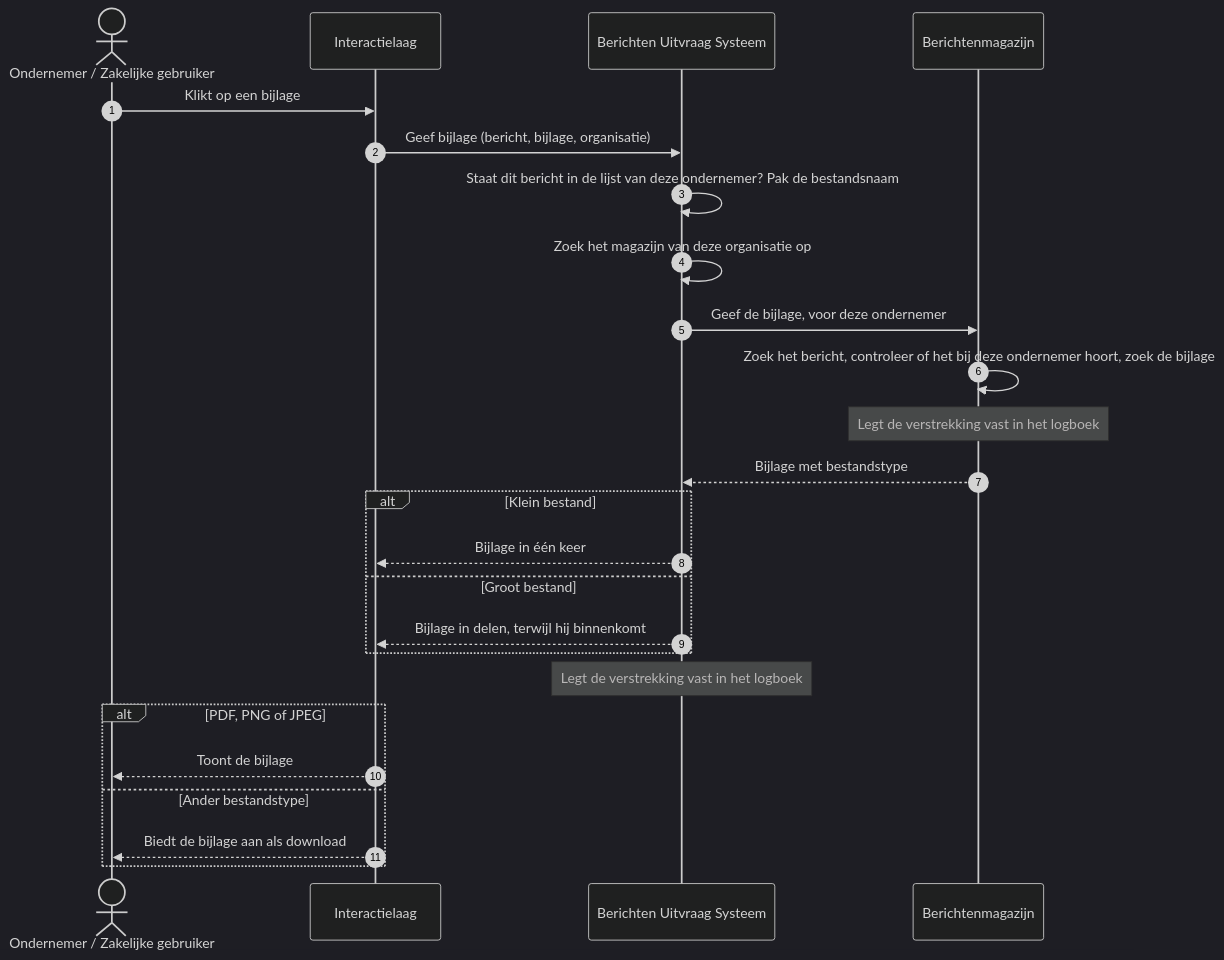
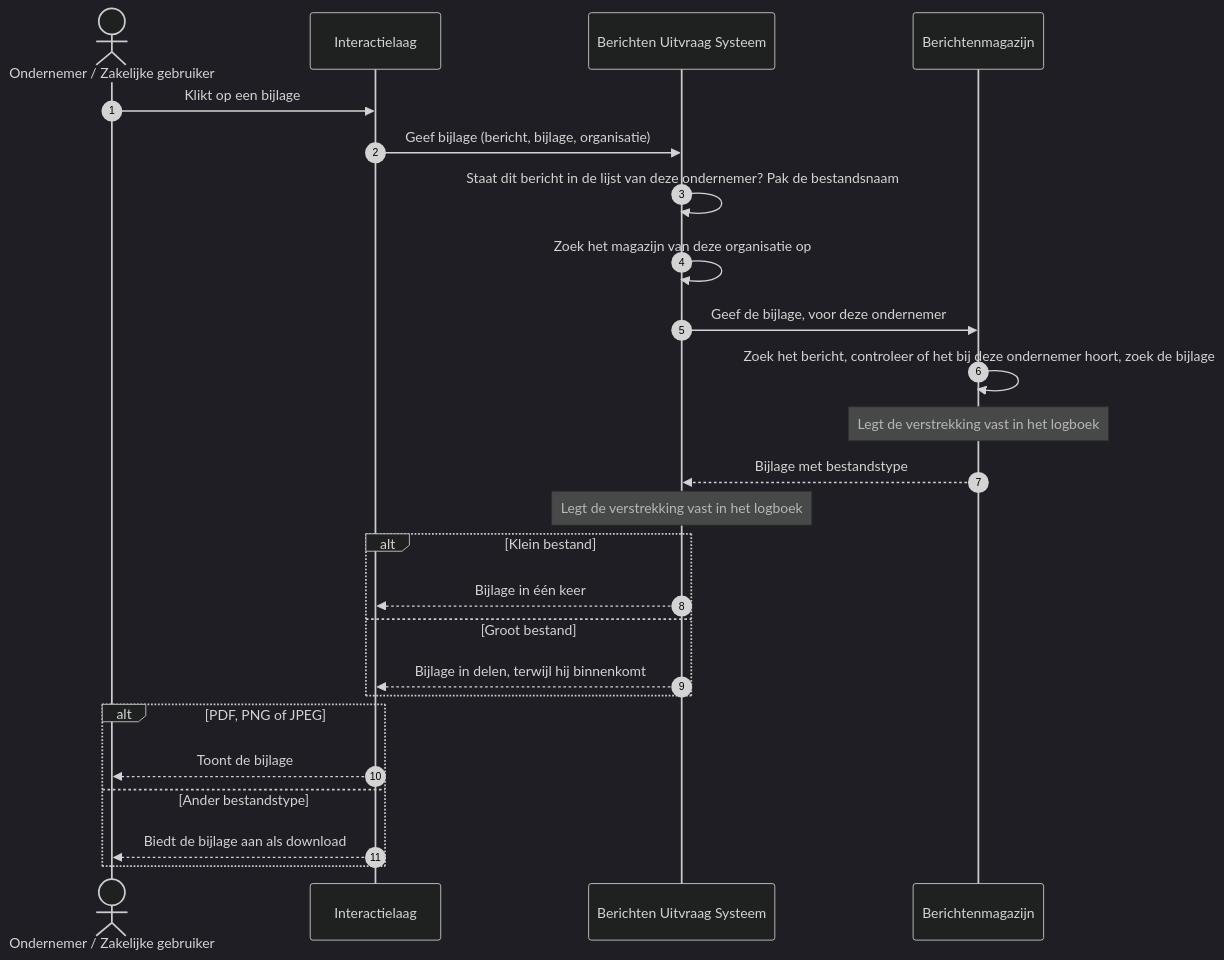
The diagram in docs/architecture/workspace-docs/10-uc6-bijlage-openen.md (MinBZK/moza-poc-fbs-berichtenbox), drawn with Mermaid (dark theme) before and after one commit. The commit also changed other lines of this file and 14 other files, not shown here.

````diff
--- a/docs/architecture/workspace-docs/10-uc6-bijlage-openen.md
+++ b/docs/architecture/workspace-docs/10-uc6-bijlage-openen.md
@@ -25,28 +25,28 @@
 ```mermaid
 sequenceDiagram
     autonumber
     actor OND as Ondernemer / Zakelijke gebruiker
     participant IL as Interactielaag
     participant FBS as Berichten Uitvraag Systeem
     participant MAG as Berichtenmagazijn
 
     OND->>IL: Klikt op een bijlage
     IL->>FBS: Geef bijlage (bericht, bijlage, organisatie)
     FBS->>FBS: Staat dit bericht in de lijst van deze ondernemer? Pak de bestandsnaam
     FBS->>FBS: Zoek het magazijn van deze organisatie op
     FBS->>MAG: Geef de bijlage, voor deze ondernemer
     MAG->>MAG: Zoek het bericht, controleer of het bij deze ondernemer hoort, zoek de bijlage
     Note over MAG: Legt de verstrekking vast in het logboek
     MAG-->>FBS: Bijlage met bestandstype
+    Note over FBS: Legt de verstrekking vast in het logboek
     alt Klein bestand
         FBS-->>IL: Bijlage in één keer
     else Groot bestand
         FBS-->>IL: Bijlage in delen, terwijl hij binnenkomt
     end
-    Note over FBS: Legt de verstrekking vast in het logboek
     alt PDF, PNG of JPEG
         IL-->>OND: Toont de bijlage
     else Ander bestandstype
         IL-->>OND: Biedt de bijlage aan als download
     end
 ```
````
